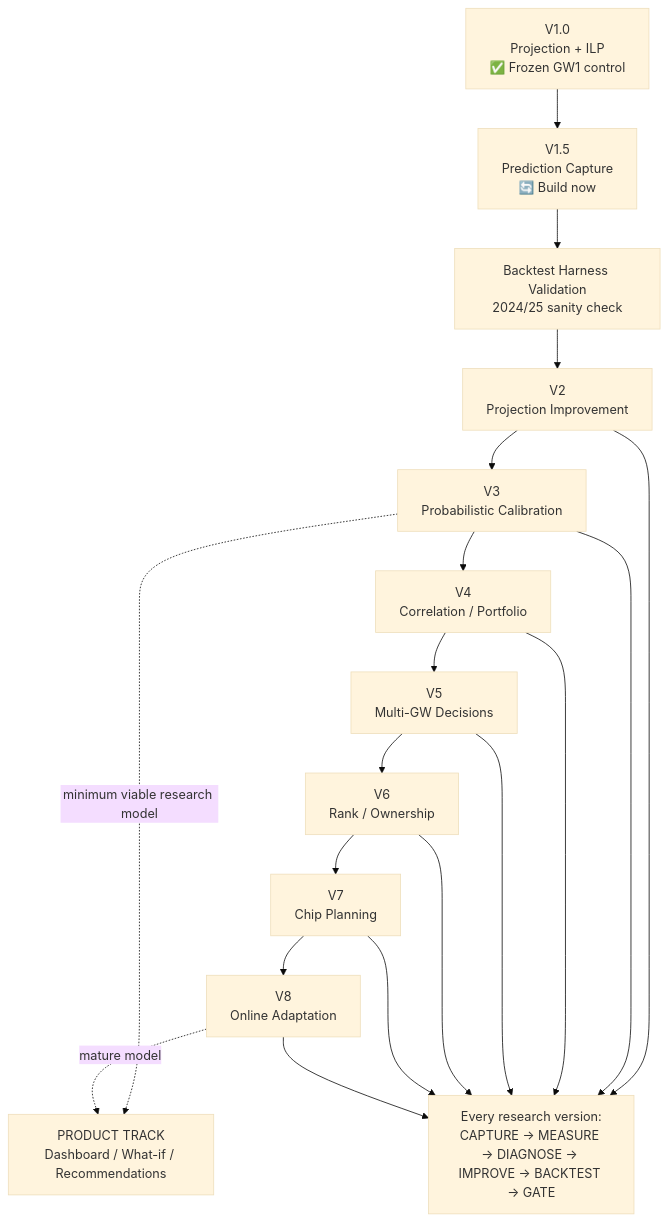
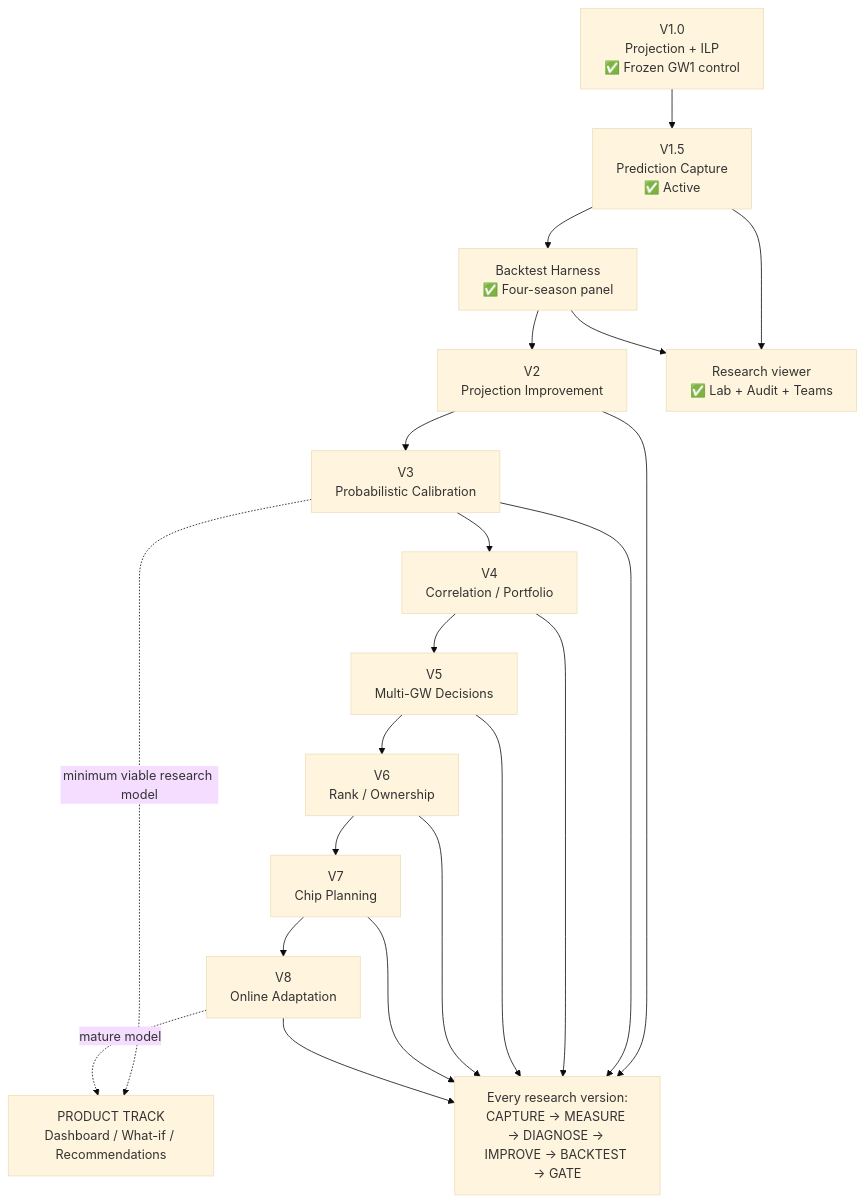
The first of 2 diagrams in ROADMAP.md (utdady/fpl), drawn with Mermaid (base theme) before and after one commit. The commit also changed other lines of this file and 42 other files, not shown here.

````diff
--- a/ROADMAP.md
+++ b/ROADMAP.md
@@ -16,55 +16,61 @@
 ```mermaid
 flowchart TD
     V1["V1.0
 Projection + ILP
 ✅ Frozen GW1 control"]
 
     V15["V1.5
 Prediction Capture
-🔄 Build now"]
+✅ Active"]
 
-    H["Backtest Harness Validation
-2024/25 sanity check"]
+    H["Backtest Harness
+✅ Four-season panel"]
 
     V2["V2
 Projection Improvement"]
     V3["V3
 Probabilistic Calibration"]
     V4["V4
 Correlation / Portfolio"]
     V5["V5
 Multi-GW Decisions"]
     V6["V6
 Rank / Ownership"]
     V7["V7
 Chip Planning"]
     V8["V8
 Online Adaptation"]
 
     PRODUCT["PRODUCT TRACK
 Dashboard / What-if / Recommendations"]
 
+    VIEWER["Research viewer
+✅ Lab + Audit + Teams"]
+
     V1 --> V15
     V15 --> H
     H --> V2
     V2 --> V3
     V3 --> V4
     V4 --> V5
     V5 --> V6
     V6 --> V7
     V7 --> V8
+
+    V15 --> VIEWER
+    H --> VIEWER
 
     V3 -. "minimum viable research model" .-> PRODUCT
     V8 -. "mature model" .-> PRODUCT
 
     EVAL["Every research version:
 CAPTURE → MEASURE → DIAGNOSE → IMPROVE → BACKTEST → GATE"]
 
     V2 --> EVAL
     V3 --> EVAL
     V4 --> EVAL
     V5 --> EVAL
     V6 --> EVAL
     V7 --> EVAL
     V8 --> EVAL
 ```
````
